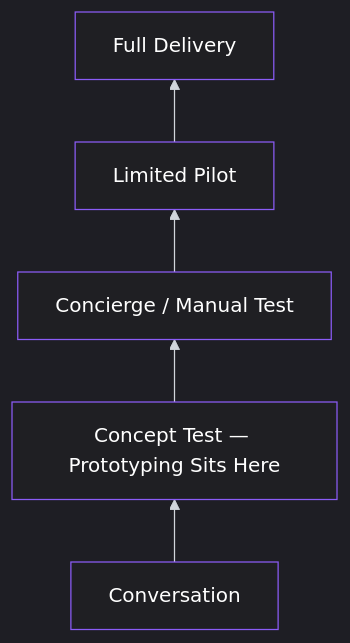
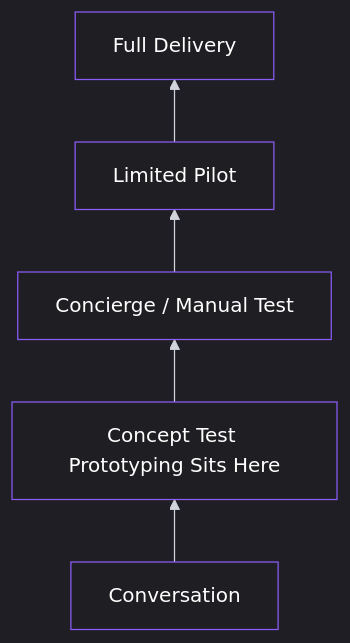
The second of 4 diagrams in content/lessons/lesson-026.md (pmacademy-app/web), drawn with Mermaid before and after one commit. The commit also changed other lines of this file and 90 other files, not shown here.

````diff
--- a/content/lessons/lesson-026.md
+++ b/content/lessons/lesson-026.md
@@ -96,37 +96,37 @@
 ```mermaid
 %%{init: {
   "theme": "dark",
   "themeVariables": {
     "background": "#0b0b0c",
     "primaryColor": "#1f1f23",
     "primaryTextColor": "#ffffff",
     "primaryBorderColor": "#8b5cf6",
     "lineColor": "#d1d5db",
     "secondaryColor": "#18181b",
     "tertiaryColor": "#111111",
     "mainBkg": "#1f1f23",
     "nodeBorder": "#8b5cf6",
     "clusterBkg": "#000000",
     "clusterBorder": "#27272a",
     "titleColor": "#ffffff",
     "edgeLabelBackground": "#0b0b0c",
     "nodeTextColor": "#ffffff",
     "edgeLabelColor": "#ffffff",
     "actorBorder": "#8b5cf6",
     "actorBkg": "#1f1f23",
     "actorTextColor": "#ffffff",
     "sequenceNumberColor": "#ffffff",
     "signalColor": "#8b5cf6",
     "signalTextColor": "#ffffff",
     "textColor": "#ffffff",
     "classText": "#ffffff",
     "classBorder": "#8b5cf6",
     "classBkg": "#1f1f23"
   }
 }}%%
 graph BT
-    A[Conversation] --> B[Concept Test — Prototyping Sits Here]
+    A[Conversation] --> B[Concept Test Prototyping Sits Here]
     B --> C[Concierge / Manual Test]
     C --> D[Limited Pilot]
     D --> E[Full Delivery]
 ```
````
